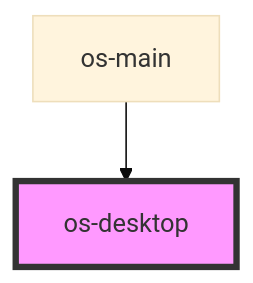
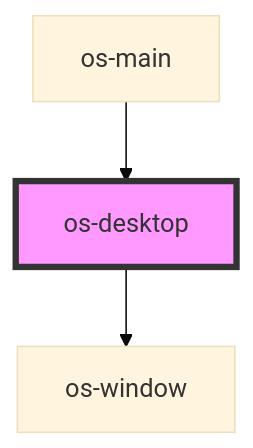
The diagram in src/components/os-desktop/readme.md (neko-chilyann/qx-os), drawn with Mermaid (base theme) before and after one commit. The commit also changed other lines of this file and 9 other files, not shown here.

````diff
--- a/src/components/os-desktop/readme.md
+++ b/src/components/os-desktop/readme.md
@@ -15,5 +19,6 @@
 ```mermaid
 graph TD;
+  os-desktop --> os-window
   os-main --> os-desktop
   style os-desktop fill:#f9f,stroke:#333,stroke-width:4px
 ```
````
